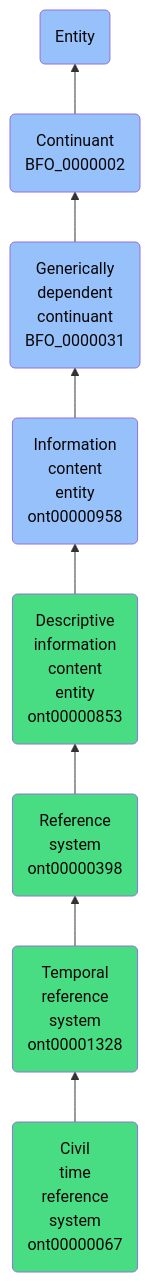
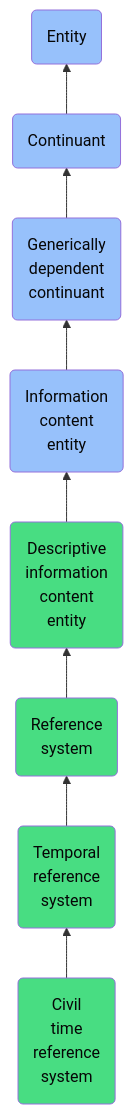
Before and after one commit to jupyter-naas/abi: the diagram in docs/ontology/reference/model/Entity/Continuant/Generically dependent continuant/Information content entity/Descriptive information content entity/Reference system/Temporal reference system/Civil time reference system/Civil time reference system.md, drawn with Mermaid. The commit also changed other lines of this file and 1430 other files, not shown here.

````diff
--- a/docs/ontology/reference/model/Entity/Continuant/Generically dependent continuant/Information content entity/Descriptive information content entity/Reference system/Temporal reference system/Civil time reference system/Civil time reference system.md
+++ b/docs/ontology/reference/model/Entity/Continuant/Generically dependent continuant/Information content entity/Descriptive information content entity/Reference system/Temporal reference system/Civil time reference system/Civil time reference system.md
@@ -24,15 +24,15 @@
 ```mermaid
 graph BT
-    ont00000067(Civil<br>time<br>reference<br>system<br>ont00000067):::ABI-->ont00001328
-    ont00001328(Temporal<br>reference<br>system<br>ont00001328):::ABI-->ont00000398
-    ont00000398(Reference<br>system<br>ont00000398):::ABI-->ont00000853
-    ont00000853(Descriptive<br>information<br>content<br>entity<br>ont00000853):::ABI-->ont00000958
-    ont00000958(Information<br>content<br>entity<br>ont00000958):::BFO-->BFO_0000031
-    BFO_0000031(Generically<br>dependent<br>continuant<br>BFO_0000031):::BFO-->BFO_0000002
-    BFO_0000002(Continuant<br>BFO_0000002):::BFO-->BFO_0000001
+    ont00000067(Civil<br>time<br>reference<br>system):::ABI-->ont00001328
+    ont00001328(Temporal<br>reference<br>system):::ABI-->ont00000398
+    ont00000398(Reference<br>system):::ABI-->ont00000853
+    ont00000853(Descriptive<br>information<br>content<br>entity):::ABI-->ont00000958
+    ont00000958(Information<br>content<br>entity):::BFO-->BFO_0000031
+    BFO_0000031(Generically<br>dependent<br>continuant):::BFO-->BFO_0000002
+    BFO_0000002(Continuant):::BFO-->BFO_0000001
     BFO_0000001(Entity):::BFO
     
     classDef BFO fill:#97c1fb,color:#060606
     classDef CCO fill:#e4c51e,color:#060606
     classDef ABI fill:#48DD82,color:#060606
 ```
````
